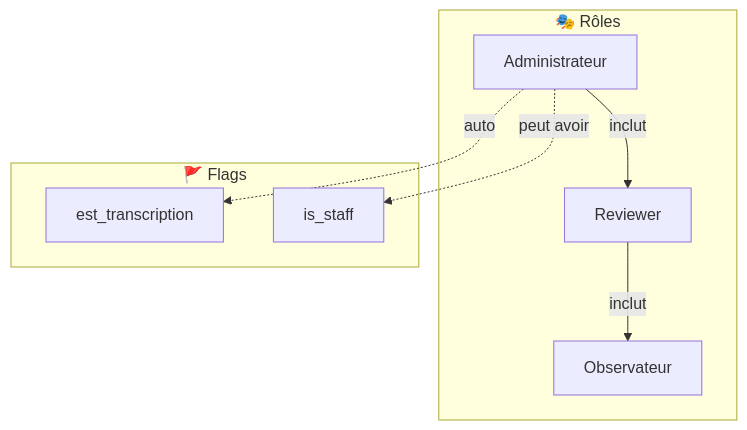
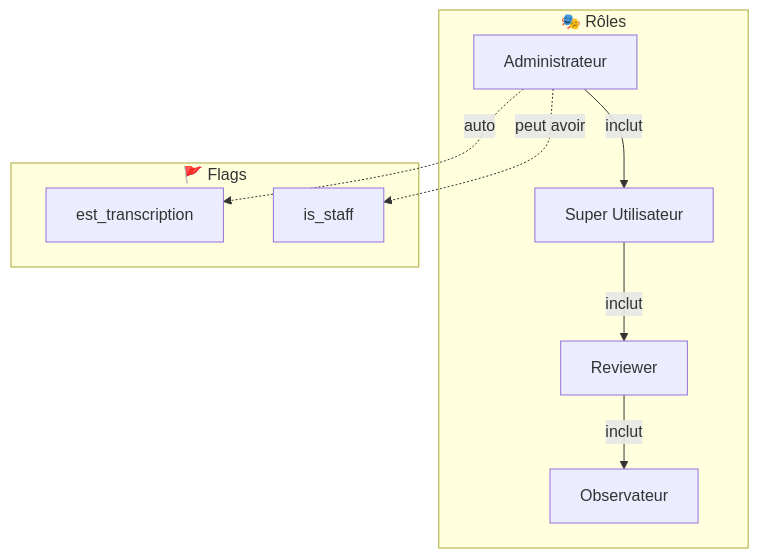
Before and after one commit to jmFschneider/Observations_Nids: the first of 3 diagrams in docs/guides/permissions.md, drawn with Mermaid. The commit also changed other lines of this file and 11 other files, not shown here.

First line of the commit message:
feat: ajouter notes de correction et rôle super_utilisateur

````diff
--- a/docs/guides/permissions.md
+++ b/docs/guides/permissions.md
@@ -11,19 +11,21 @@
 ```mermaid
 flowchart TB
     subgraph Roles["🎭 Rôles"]
         Admin[Administrateur]
+        SuperUser[Super Utilisateur]
         Reviewer[Reviewer]
         Observateur[Observateur]
     end
 
     subgraph Flags["🚩 Flags"]
         Transcription[est_transcription]
         Staff[is_staff]
     end
 
-    Admin -->|inclut| Reviewer
+    Admin -->|inclut| SuperUser
+    SuperUser -->|inclut| Reviewer
     Reviewer -->|inclut| Observateur
 
     Admin -.->|auto| Transcription
     Admin -.->|peut avoir| Staff
 ```
````
